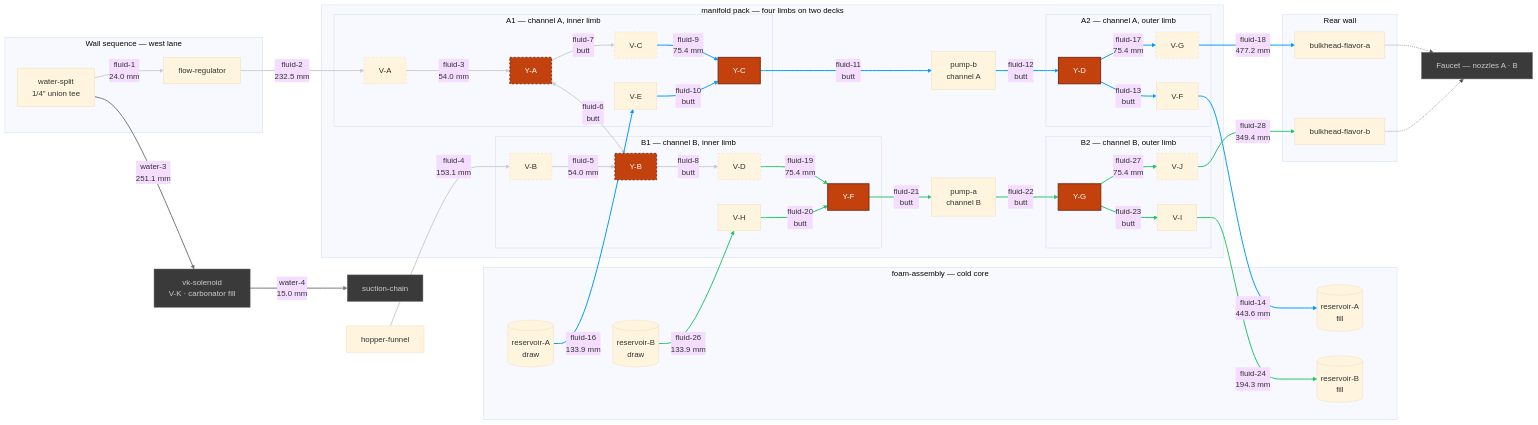
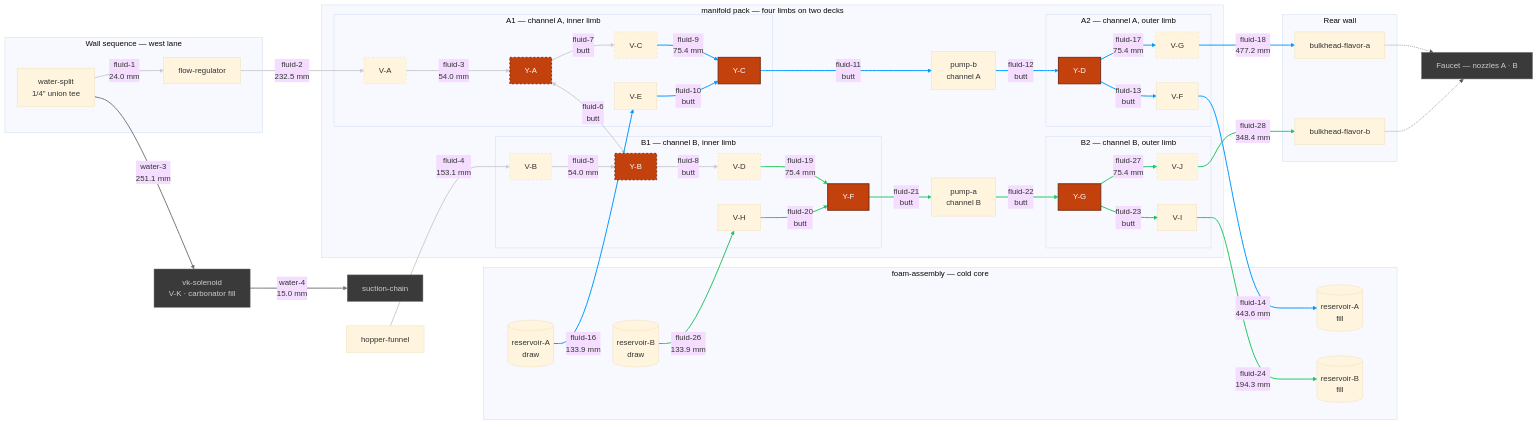
The diagram in hardware/topology/fluid-topology-manifold.mmd (derekbreden/homesodamachine), drawn with Mermaid (base theme) before and after one commit. The commit also changed 8 other files, not shown here.

```diff
--- a/hardware/topology/fluid-topology-manifold.mmd
+++ b/hardware/topology/fluid-topology-manifold.mmd
@@ -14,7 +14,7 @@
   %% [26](SEGMENT_COUNT) flavor segments. [11](BUTT_COUNT) are collet butted to collet and carry
   %% no tube at all; [9](DRAWN_COUNT) are swept runs between placed bodies; the rest are the
   %% hinge's four hairpins and the source pair's two quarter-and-step turns. What is cut comes to
-  %% [2551.4 mm](FLUID_TOTAL) of 1/4" LLDPE over [39](FLUID_BENDS) corners, and the longest is
+  %% [2550.4 mm](FLUID_TOTAL) of 1/4" LLDPE over [39](FLUID_BENDS) corners, and the longest is
   %% [fluid-18](LONGEST_ID) at [477.2 mm](LONGEST_LEN). [0](OPEN_COUNT) are mouths with nothing
   %% on the far end of them: EVERY FLAVOR SEGMENT IN THIS CHART IS MADE. The hopper's gravity
   %% drain is drawn like the rest — the funnel is seated in the box rather than placed in the
@@ -154,7 +154,7 @@
   VI -->|"fluid-24<br/>194.3 mm"| ResBFill
   ResB -->|"fluid-26<br/>133.9 mm"| VH
   YG -->|"fluid-27<br/>75.4 mm"| VJ
-  VJ -->|"fluid-28<br/>349.4 mm"| BhB
+  VJ -->|"fluid-28<br/>348.4 mm"| BhB
 
   %% =========================
   %% V-K's own two runs — the carbonator circuit, through this bay
```
